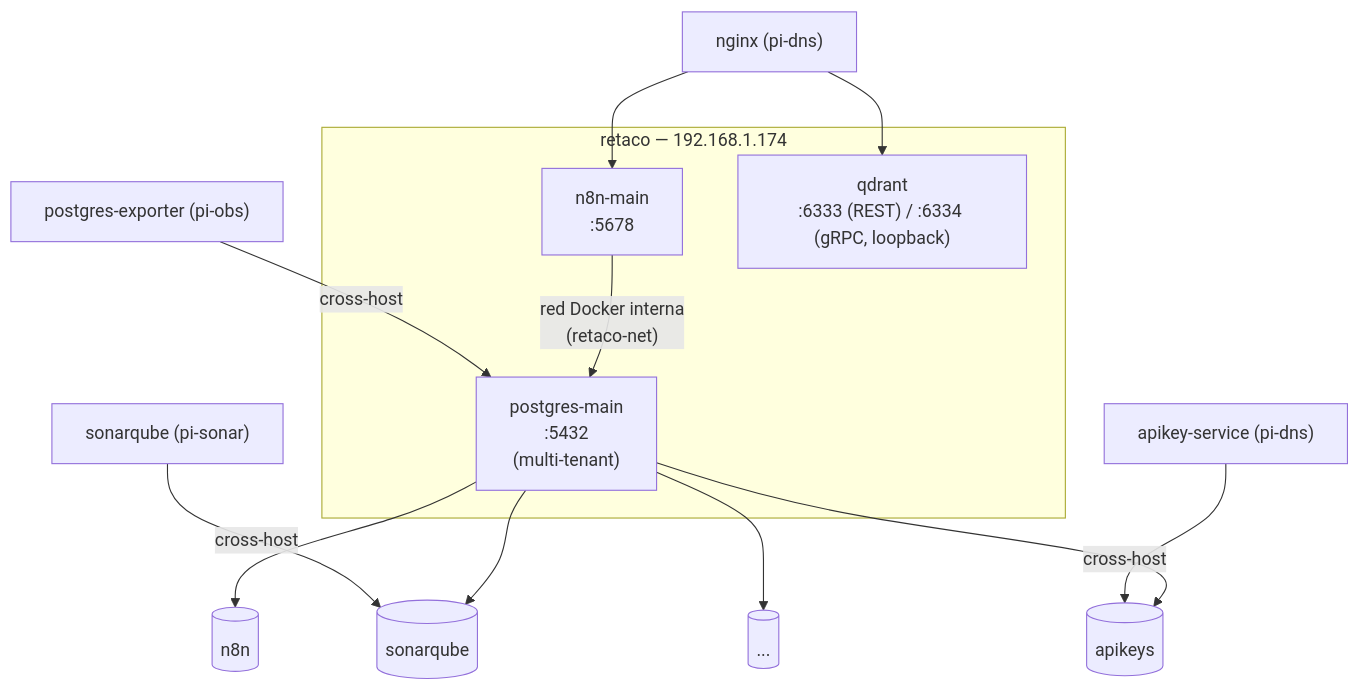
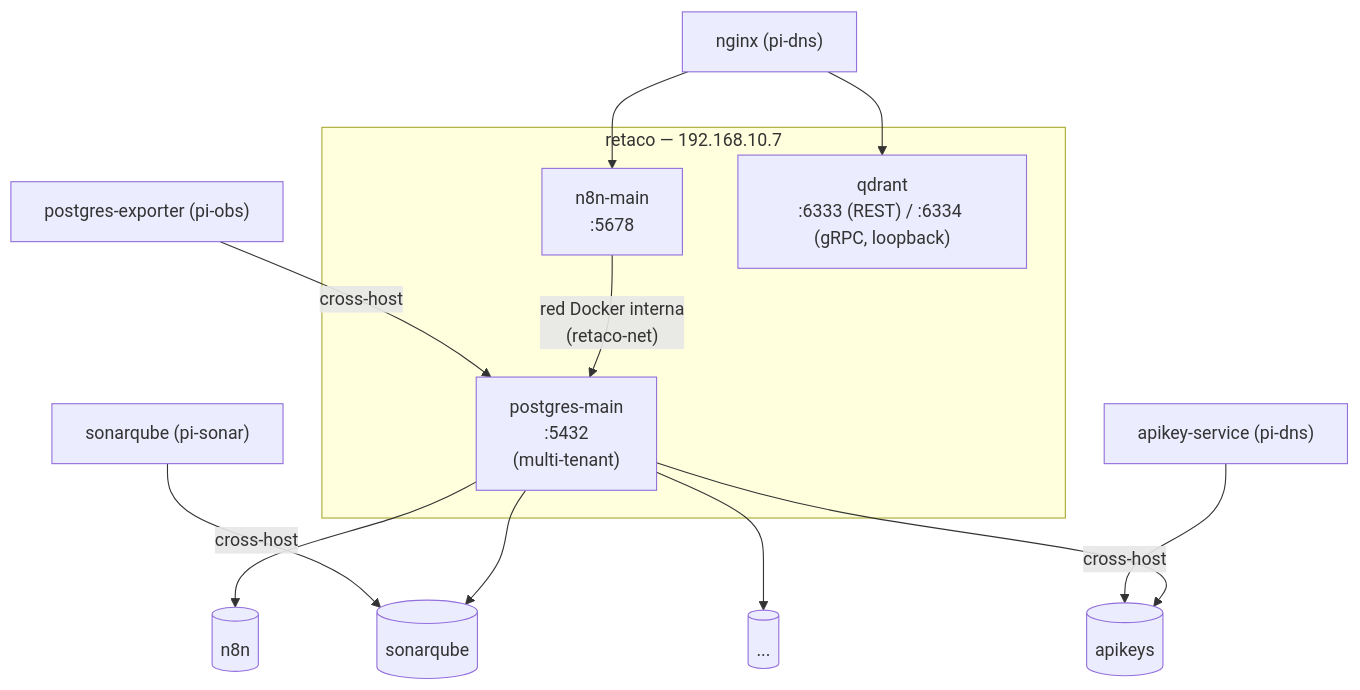
The diagram in docs/05-instalacion-retaco.md (impalah/homelab-cluster), drawn with Mermaid before and after one commit. The commit also changed other lines of this file and 41 other files, not shown here.

````diff
--- a/docs/05-instalacion-retaco.md
+++ b/docs/05-instalacion-retaco.md
@@ -15,20 +15,20 @@
 ```mermaid
 flowchart TB
-    subgraph retaco["retaco — 192.168.1.174"]
+    subgraph retaco["retaco — 192.168.10.7"]
         PG["postgres-main\n:5432\n(multi-tenant)"]
         N8N["n8n-main\n:5678"]
         QD["qdrant\n:6333 (REST) / :6334 (gRPC, loopback)"]
         N8N -->|"red Docker interna\n(retaco-net)"| PG
     end
 
     PG --> DB_N8N[("n8n")]
     PG --> DB_SONAR[("sonarqube")]
     PG --> DB_APIKEYS[("apikeys")]
     PG --> DB_OTRAS[("...")]
 
     SonarQube["sonarqube (pi-sonar)"] -->|cross-host| DB_SONAR
     ApikeyService["apikey-service (pi-dns)"] -->|cross-host| DB_APIKEYS
     PgExporter["postgres-exporter (pi-obs)"] -->|cross-host| PG
     Nginx["nginx (pi-dns)"] --> N8N
     Nginx --> QD
 ```
````
